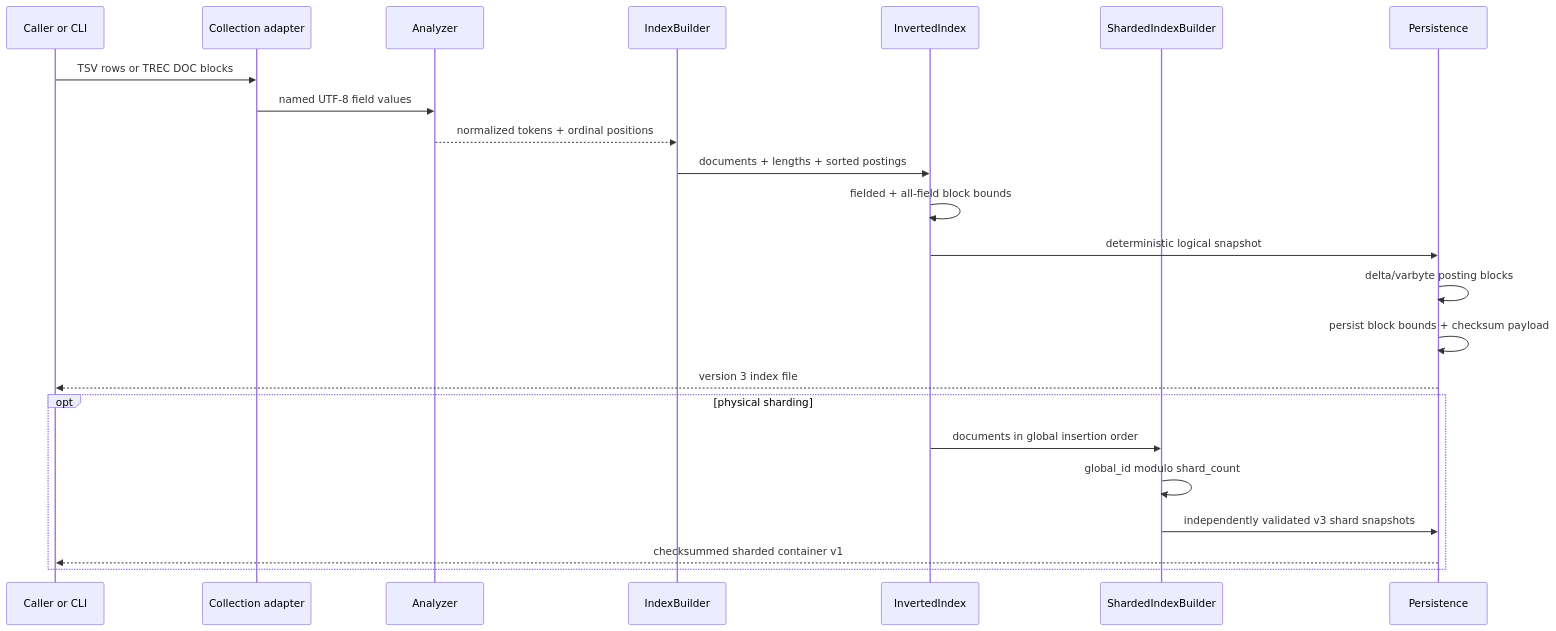
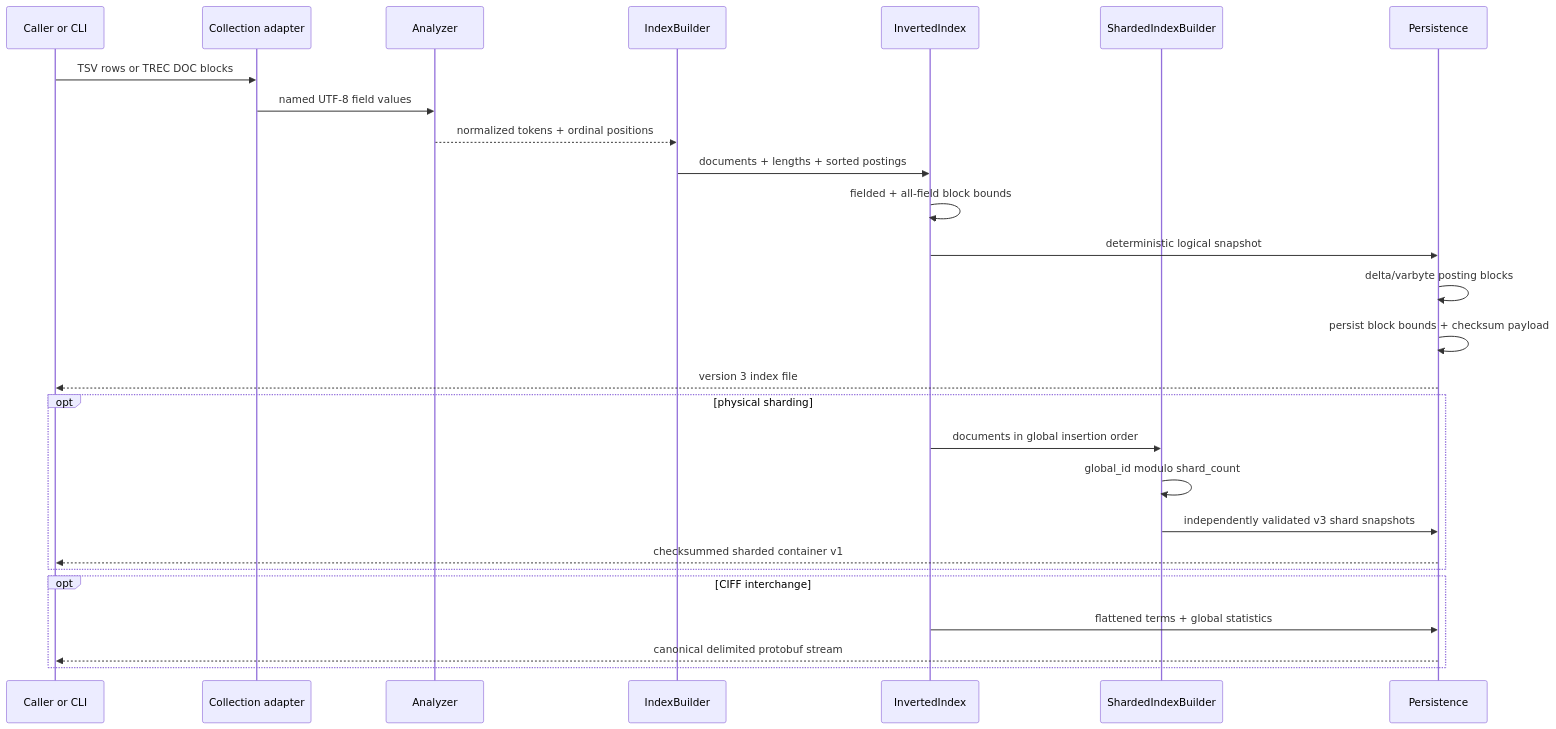
One commit to appleweiping/IndexSail changed the first of 2 diagrams in docs/architecture.md. Above: the diagram before and after it, drawn with Mermaid. The commit also changed other lines of this file and 17 other files, not shown here.

````diff
--- a/docs/architecture.md
+++ b/docs/architecture.md
@@ -22,26 +24,30 @@
 ```mermaid
 sequenceDiagram
     participant U as Caller or CLI
     participant A as Collection adapter
     participant N as Analyzer
     participant B as IndexBuilder
     participant I as InvertedIndex
     participant S as ShardedIndexBuilder
     participant P as Persistence
 
     U->>A: TSV rows or TREC DOC blocks
     A->>N: named UTF-8 field values
     N-->>B: normalized tokens + ordinal positions
     B->>I: documents + lengths + sorted postings
     I->>I: fielded + all-field block bounds
     I->>P: deterministic logical snapshot
     P->>P: delta/varbyte posting blocks
     P->>P: persist block bounds + checksum payload
     P-->>U: version 3 index file
     opt physical sharding
         I->>S: documents in global insertion order
         S->>S: global_id modulo shard_count
         S->>P: independently validated v3 shard snapshots
         P-->>U: checksummed sharded container v1
     end
+    opt CIFF interchange
+        I->>P: flattened terms + global statistics
+        P-->>U: canonical delimited protobuf stream
+    end
 ```
````
